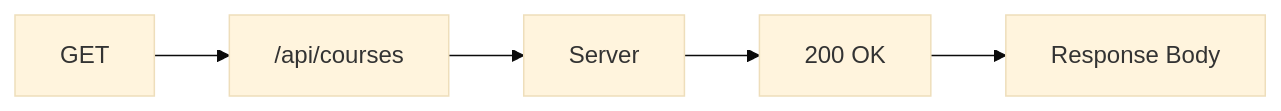
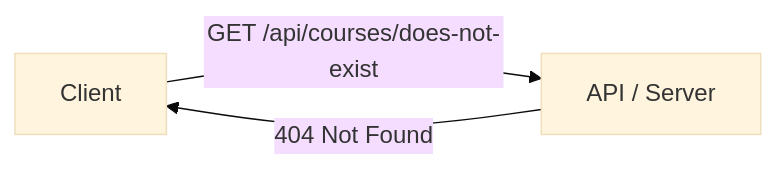
The seventh of 8 diagrams in module-0-1/README.md (reltronersk/skill-wanderer-progress-documentation), drawn with Mermaid (base theme) before and after one commit. The commit also changed other lines of this file, not shown here.

````diff
--- a/module-0-1/README.md
+++ b/module-0-1/README.md
@@ -869,7 +385,5 @@
-```mermaid
+``` mermaid
 flowchart LR
-    A[GET] --> B["/api/courses"]
-    B --> C[Server]
-    C --> D["200 OK"]
-    D --> E[Response Body]
+    A["Client"] -->|"GET /api/courses/does-not-exist"| B["API / Server"]
+    B -->|"404 Not Found"| A
 ```
````
